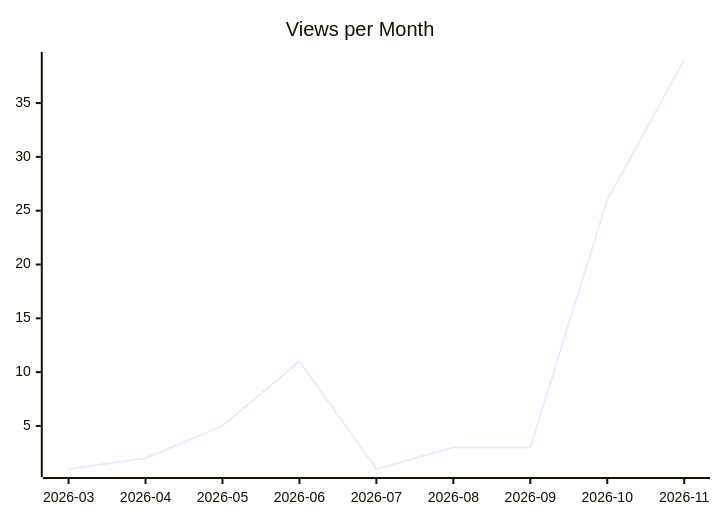
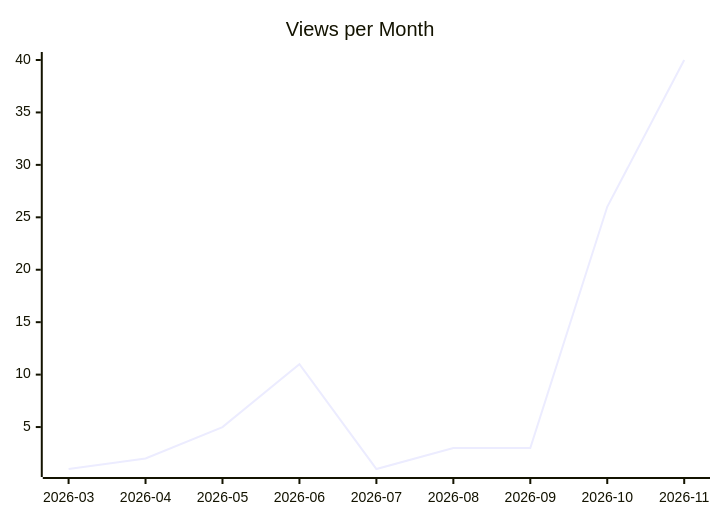
The second of 3 diagrams in karlmdavis/justdavis-ansible/README.md (justdavis-family/github-analytics-data), drawn with Mermaid before and after one commit. The commit also changed other lines of this file and 199 other files, not shown here.

````diff
--- a/karlmdavis/justdavis-ansible/README.md
+++ b/karlmdavis/justdavis-ansible/README.md
@@ -12,6 +12,6 @@
 ```mermaid
 xychart-beta
   title "Views per Month"
   x-axis ["2026-03", "2026-04", "2026-05", "2026-06", "2026-07", "2026-08", "2026-09", "2026-10", "2026-11"]
-  line [1, 2, 5, 11, 1, 3, 3, 26, 39]
+  line [1, 2, 5, 11, 1, 3, 3, 26, 40]
 ```
````
